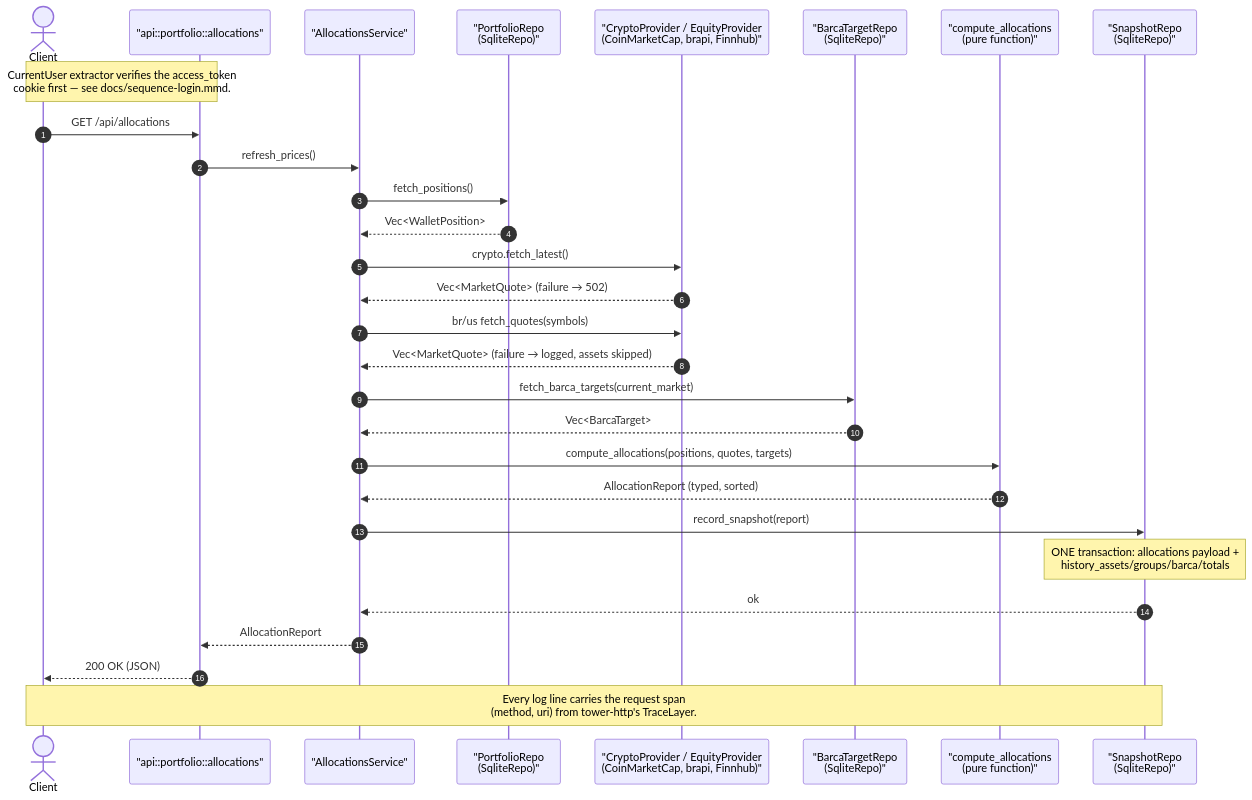
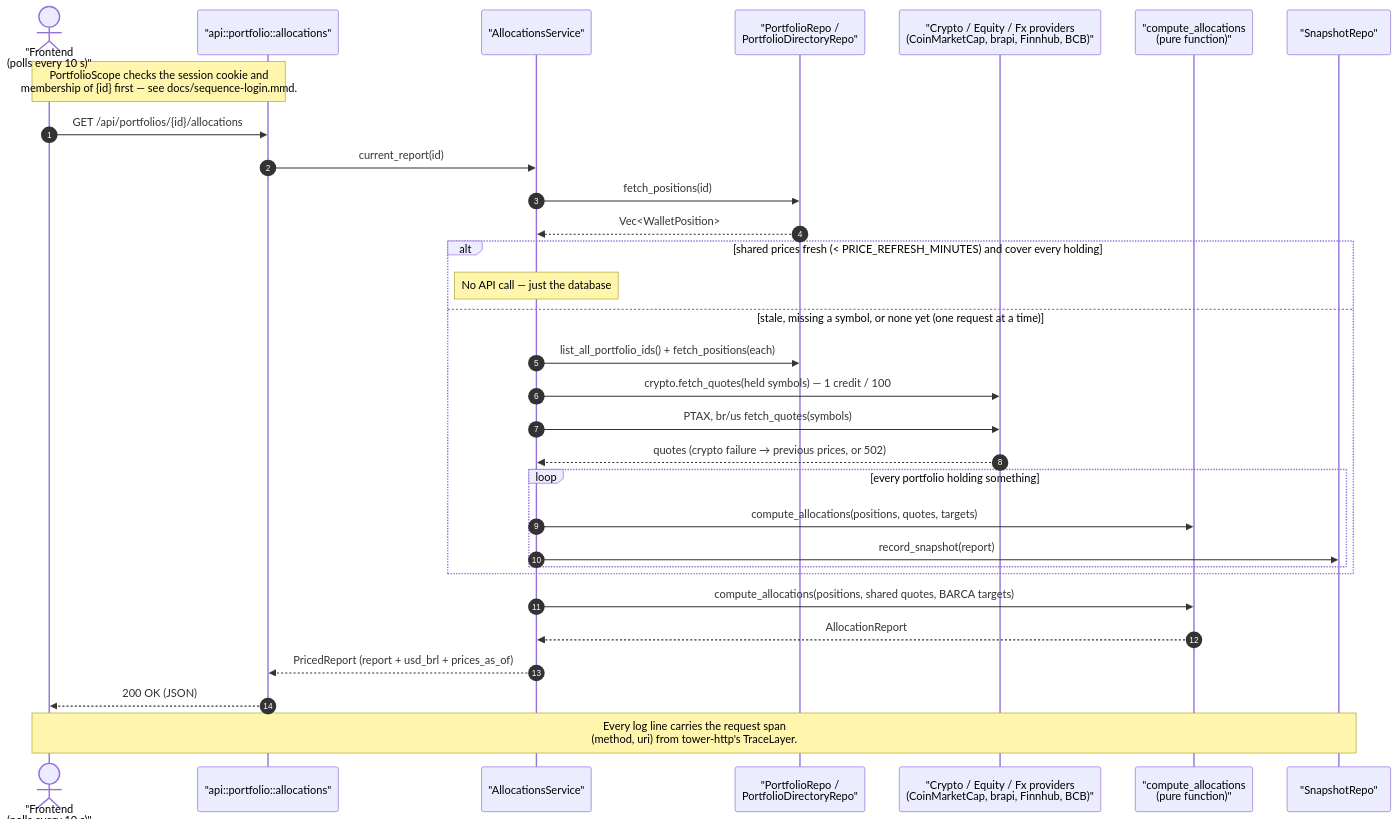
One commit to rchau73/crypto_management changed the diagram in docs/sequence-allocations.mmd. Above: the diagram before and after it, drawn with Mermaid. The commit also changed 34 other files, not shown here.

First line of the commit message:
Live prices: load on open, refresh by themselves, no Update Prices button

```diff
--- a/docs/sequence-allocations.mmd
+++ b/docs/sequence-allocations.mmd
@@ -1,38 +1,36 @@
 sequenceDiagram
     autonumber
-    actor Client
+    actor Client as "Frontend<br/>(polls every 10 s)"
     participant Handler as "api::portfolio::allocations"
     participant Alloc as "AllocationsService"
-    participant Portfolio as "PortfolioRepo<br/>(SqliteRepo)"
-    participant Providers as "CryptoProvider / EquityProvider<br/>(CoinMarketCap, brapi, Finnhub)"
-    participant Barca as "BarcaTargetRepo<br/>(SqliteRepo)"
+    participant Portfolio as "PortfolioRepo /<br/>PortfolioDirectoryRepo"
+    participant Providers as "Crypto / Equity / Fx providers<br/>(CoinMarketCap, brapi, Finnhub, BCB)"
     participant Compute as "compute_allocations<br/>(pure function)"
-    participant Snap as "SnapshotRepo<br/>(SqliteRepo)"
+    participant Snap as "SnapshotRepo"
 
-    Note over Client,Handler: CurrentUser extractor verifies the access_token<br/>cookie first — see docs/sequence-login.mmd.
+    Note over Client,Handler: PortfolioScope checks the session cookie and<br/>membership of {id} first — see docs/sequence-login.mmd.
 
-    Client->>Handler: GET /api/allocations
-    Handler->>Alloc: refresh_prices()
-
-    Alloc->>Portfolio: fetch_positions()
+    Client->>Handler: GET /api/portfolios/{id}/allocations
+    Handler->>Alloc: current_report(id)
+    Alloc->>Portfolio: fetch_positions(id)
     Portfolio-->>Alloc: Vec<WalletPosition>
 
-    Alloc->>Providers: crypto.fetch_latest()
-    Providers-->>Alloc: Vec<MarketQuote> (failure → 502)
-    Alloc->>Providers: br/us fetch_quotes(symbols)
-    Providers-->>Alloc: Vec<MarketQuote> (failure → logged, assets skipped)
+    alt shared prices fresh (< PRICE_REFRESH_MINUTES) and cover every holding
+        Note over Alloc: No API call — just the database
+    else stale, missing a symbol, or none yet (one request at a time)
+        Alloc->>Portfolio: list_all_portfolio_ids() + fetch_positions(each)
+        Alloc->>Providers: crypto.fetch_quotes(held symbols) — 1 credit / 100
+        Alloc->>Providers: PTAX, br/us fetch_quotes(symbols)
+        Providers-->>Alloc: quotes (crypto failure → previous prices, or 502)
+        loop every portfolio holding something
+            Alloc->>Compute: compute_allocations(positions, quotes, targets)
+            Alloc->>Snap: record_snapshot(report)
+        end
+    end
 
-    Alloc->>Barca: fetch_barca_targets(current_market)
-    Barca-->>Alloc: Vec<BarcaTarget>
-
-    Alloc->>Compute: compute_allocations(positions, quotes, targets)
-    Compute-->>Alloc: AllocationReport (typed, sorted)
-
-    Alloc->>Snap: record_snapshot(report)
-    Note over Snap: ONE transaction: allocations payload +<br/>history_assets/groups/barca/totals
-    Snap-->>Alloc: ok
-
-    Alloc-->>Handler: AllocationReport
+    Alloc->>Compute: compute_allocations(positions, shared quotes, BARCA targets)
+    Compute-->>Alloc: AllocationReport
+    Alloc-->>Handler: PricedReport (report + usd_brl + prices_as_of)
     Handler-->>Client: 200 OK (JSON)
 
     Note over Client,Snap: Every log line carries the request span<br/>(method, uri) from tower-http's TraceLayer.
```
